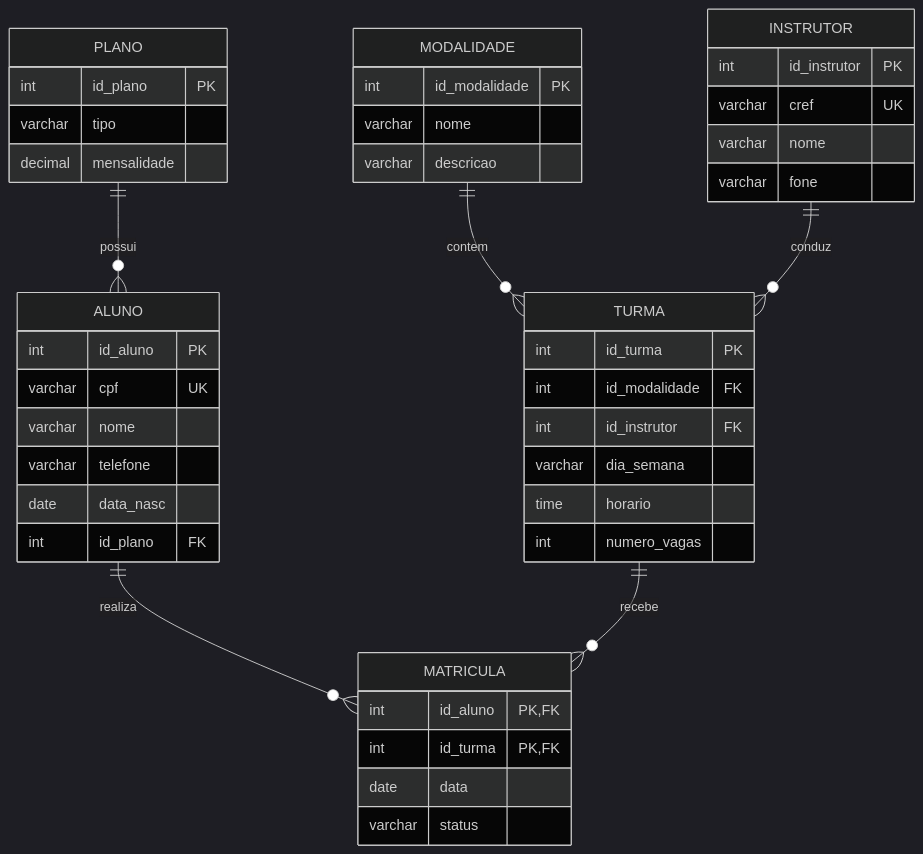
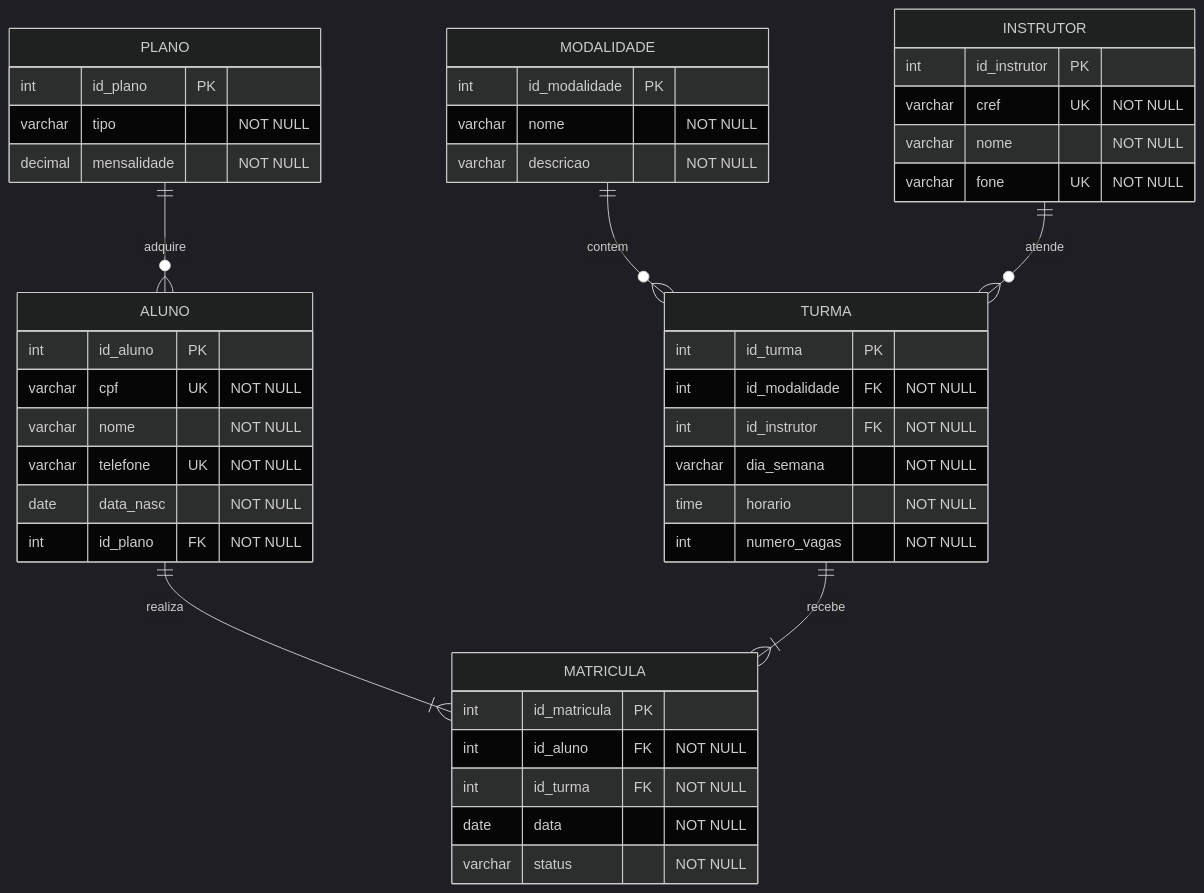
The diagram in academia.mmd (roger437linux/academia_sql), drawn with Mermaid (dark theme) before and after one commit. The commit also changed other lines of this file and 4 other files, not shown here.

```diff
--- a/academia.mmd
+++ b/academia.mmd
@@ -1,51 +1,51 @@
-
 erDiagram
-    PLANO ||--o{ ALUNO : possui
-    ALUNO ||--o{ MATRICULA : realiza
-    TURMA ||--o{ MATRICULA : recebe
+    PLANO ||--o{ ALUNO : adquire
+    ALUNO ||--|{ MATRICULA : realiza
+    TURMA ||--|{ MATRICULA : recebe
     MODALIDADE ||--o{ TURMA : contem
-    INSTRUTOR ||--o{ TURMA : conduz
+    INSTRUTOR ||--o{ TURMA : atende
 
     PLANO {
         int id_plano PK
-        varchar tipo
-        decimal mensalidade
+        varchar tipo "NOT NULL"
+        decimal mensalidade "NOT NULL"
     }
 
     ALUNO {
         int id_aluno PK
-        varchar cpf UK
-        varchar nome
-        varchar telefone
-        date data_nasc
-        int id_plano FK
+        varchar cpf UK "NOT NULL"
+        varchar nome "NOT NULL"
+        varchar telefone UK "NOT NULL"
+        date data_nasc "NOT NULL"
+        int id_plano FK "NOT NULL"
     }
 
     MODALIDADE {
         int id_modalidade PK
-        varchar nome
-        varchar descricao
+        varchar nome "NOT NULL"
+        varchar descricao "NOT NULL"
     }
 
     INSTRUTOR {
         int id_instrutor PK
-        varchar cref UK
-        varchar nome
-        varchar fone
+        varchar cref UK "NOT NULL"
+        varchar nome "NOT NULL"
+        varchar fone UK "NOT NULL"
     }
 
     TURMA {
         int id_turma PK
-        int id_modalidade FK
-        int id_instrutor FK
-        varchar dia_semana
-        time horario
-        int numero_vagas
+        int id_modalidade FK "NOT NULL"
+        int id_instrutor FK "NOT NULL"
+        varchar dia_semana "NOT NULL"
+        time horario "NOT NULL"
+        int numero_vagas "NOT NULL"
     }
 
     MATRICULA {
-        int id_aluno PK, FK
-        int id_turma PK, FK
-        date data
-        varchar status
+        int id_matricula PK
+        int id_aluno FK "NOT NULL"
+        int id_turma FK "NOT NULL"
+        date data "NOT NULL"
+        varchar status "NOT NULL"
     }
```
